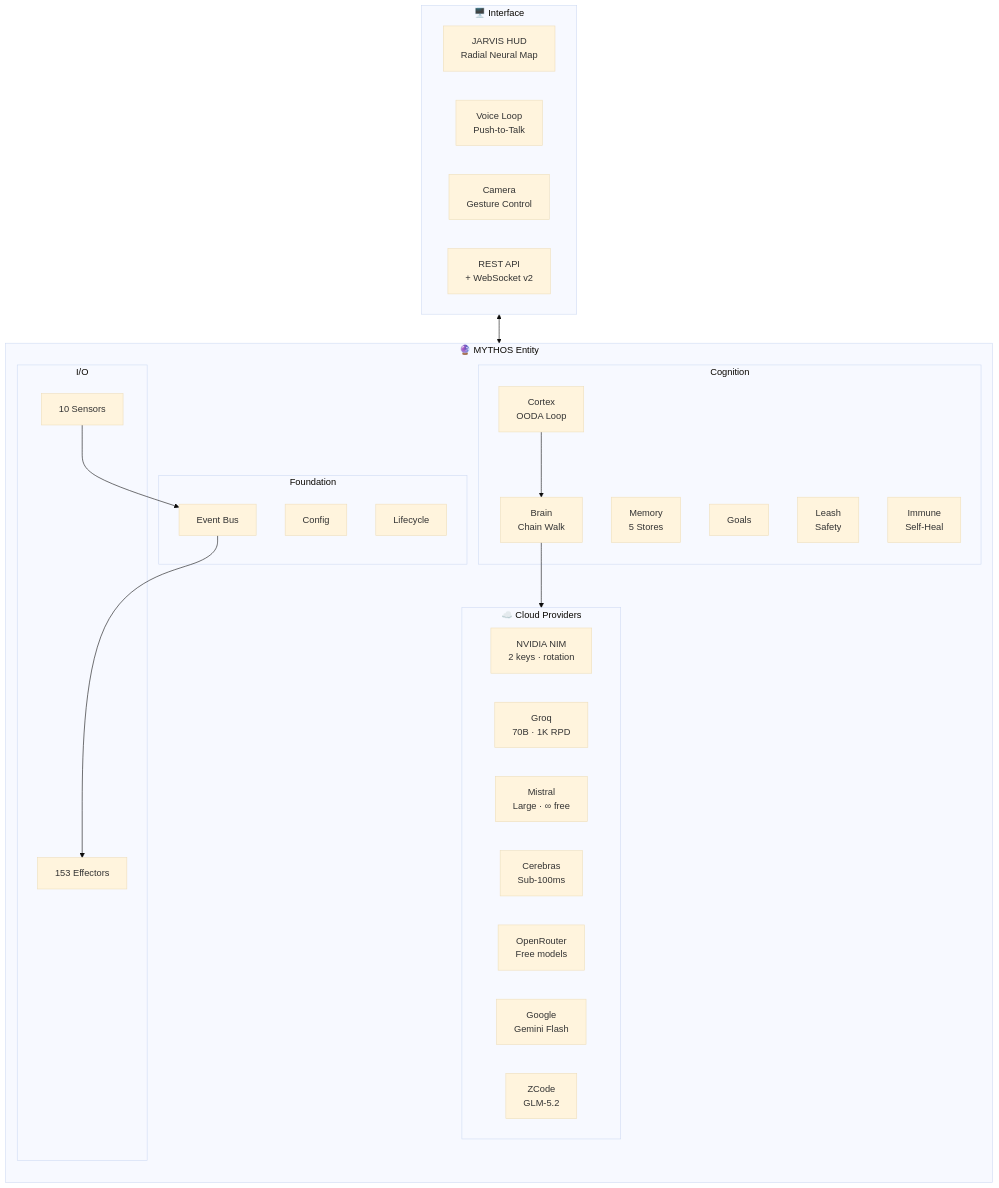
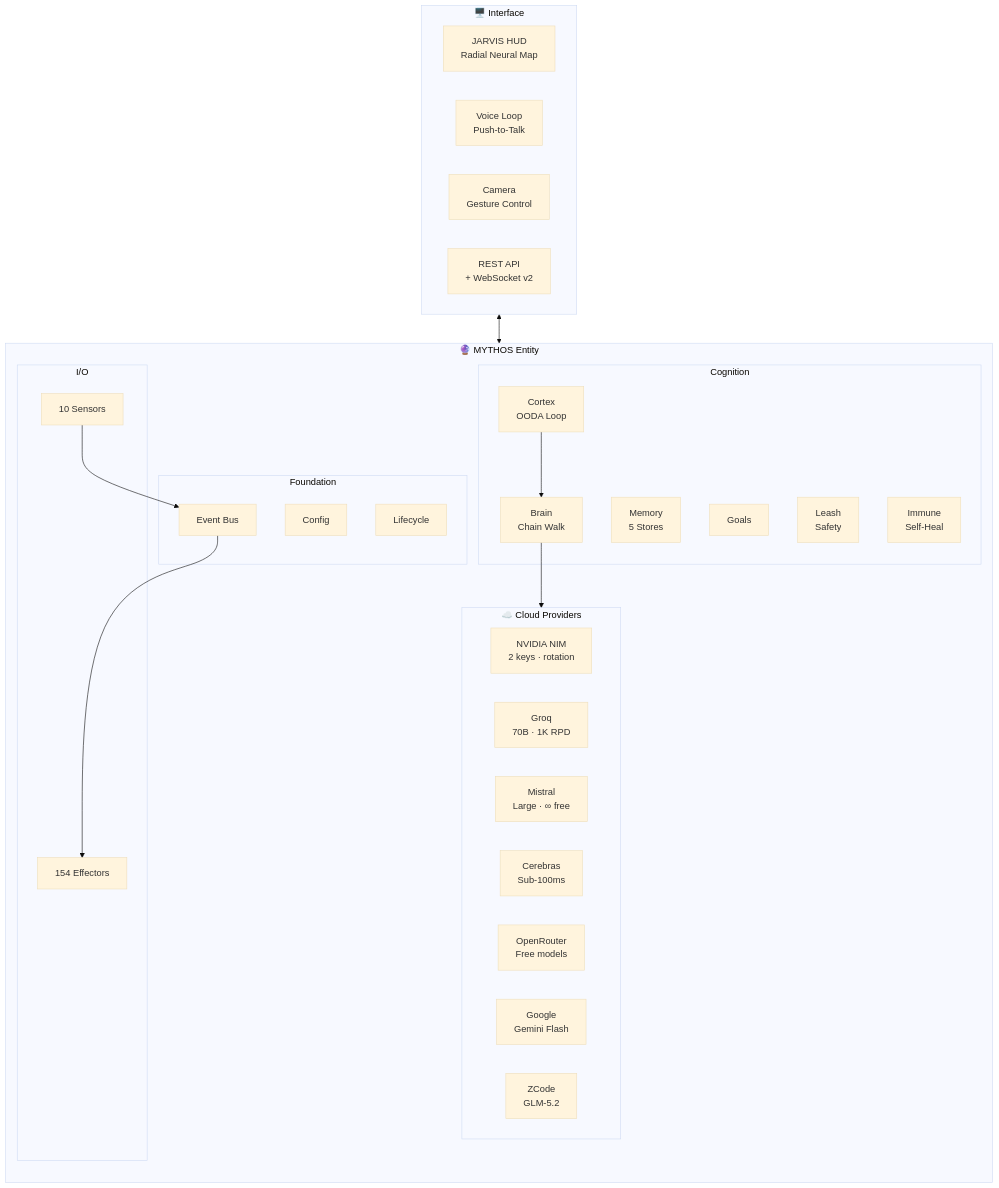
Before and after one commit to HailLucifer666/Agent_OS: the first of 11 diagrams in README.md, drawn with Mermaid (base theme). The commit also changed other lines of this file and 9 other files, not shown here.

````diff
--- a/README.md
+++ b/README.md
@@ -48,45 +48,45 @@
 ```mermaid
 flowchart TB
     subgraph Cloud["☁️ Cloud Providers"]
         direction LR
         NIM["NVIDIA NIM<br/>2 keys · rotation"]
         GQ["Groq<br/>70B · 1K RPD"]
         MI["Mistral<br/>Large · ∞ free"]
         CE["Cerebras<br/>Sub-100ms"]
         OR["OpenRouter<br/>Free models"]
         GOOG["Google<br/>Gemini Flash"]
         ZC["ZCode<br/>GLM-5.2"]
     end
 
     subgraph MYTHOS["🔮 MYTHOS Entity"]
         direction TB
         subgraph Foundation["Foundation"]
             CFG["Config"]
             BUS["Event Bus"]
             LIFE["Lifecycle"]
         end
         subgraph Cognition["Cognition"]
             CORT["Cortex<br/>OODA Loop"]
             BRN["Brain<br/>Chain Walk"]
             MEM["Memory<br/>5 Stores"]
             GOAL["Goals"]
             LEASH["Leash<br/>Safety"]
             IMM["Immune<br/>Self-Heal"]
         end
         subgraph IOLayer["I/O"]
             SENS["10 Sensors"]
-            EFF["153 Effectors"]
+            EFF["154 Effectors"]
         end
         CORT --> BRN --> Cloud
         SENS --> BUS --> EFF
     end
 
     subgraph Interface["🖥️ Interface"]
         HUD["JARVIS HUD<br/>Radial Neural Map"]
         VOICE["Voice Loop<br/>Push-to-Talk"]
         CAM["Camera<br/>Gesture Control"]
         API["REST API<br/>+ WebSocket v2"]
     end
 
     Interface <--> MYTHOS
 ```
````
